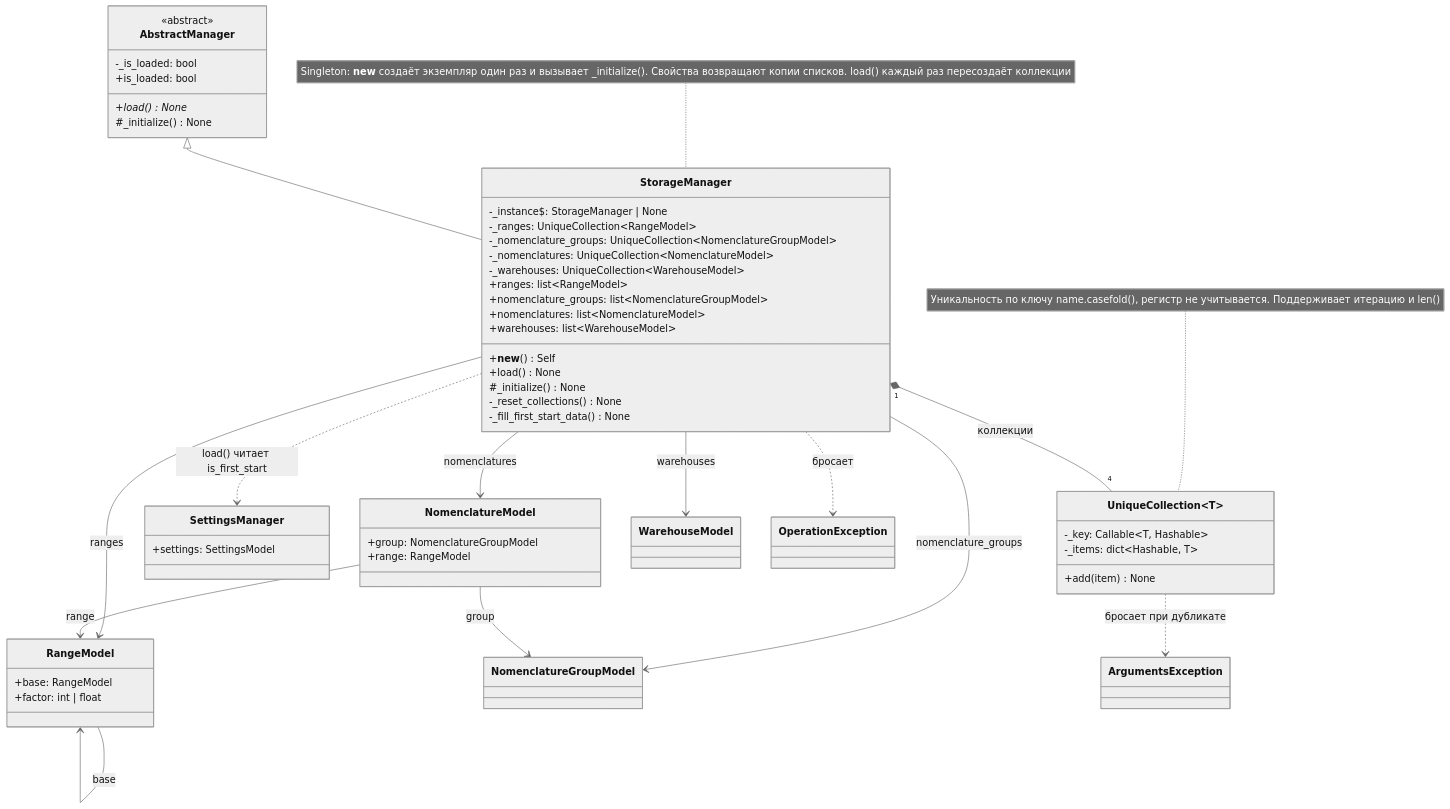
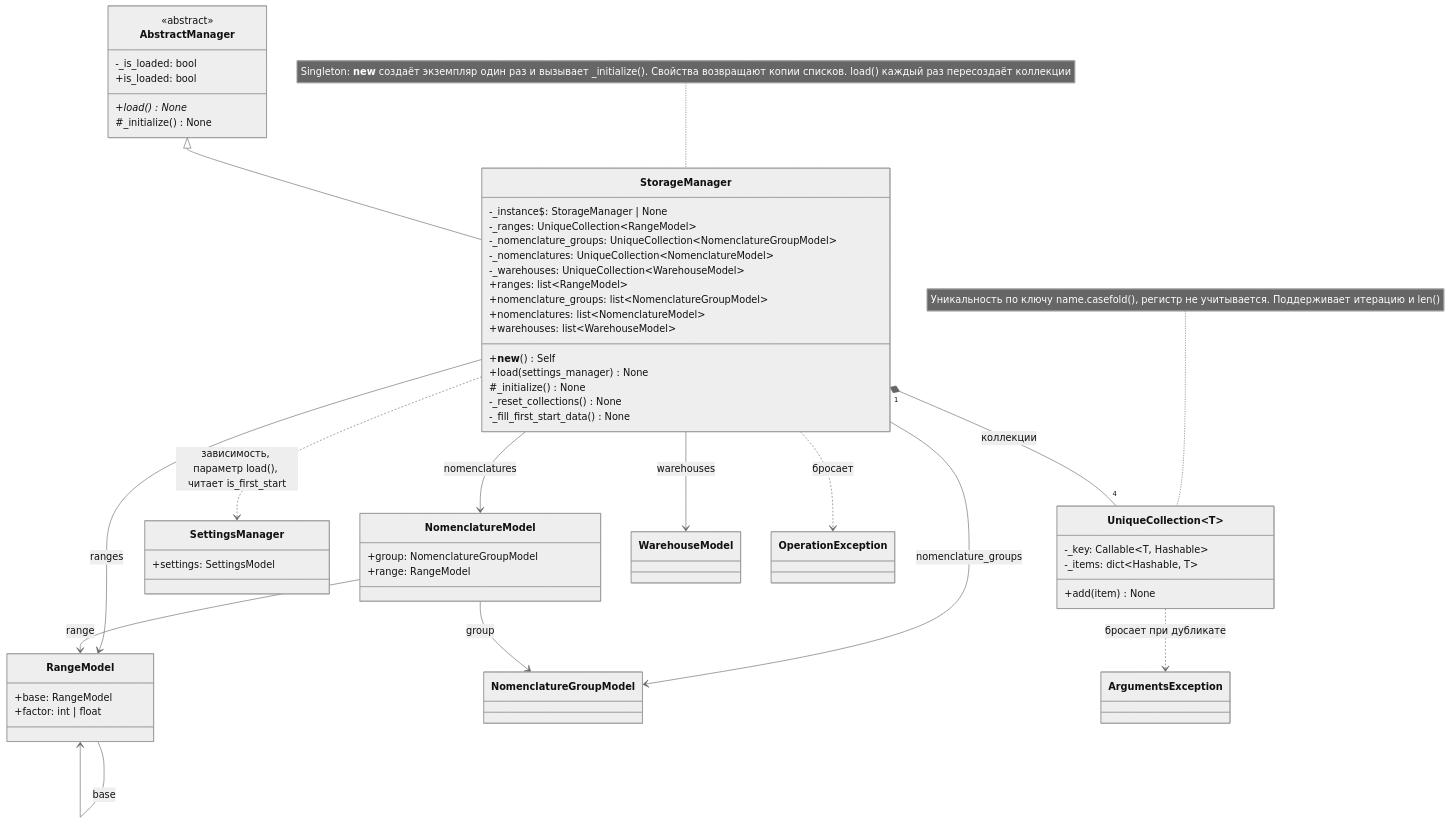
The fourth of 4 diagrams in Docs/ClassDiagram.md (asutenshi/design-patterns), drawn with Mermaid (neutral theme) before and after one commit. The commit also changed other lines of this file and 3 other files, not shown here.

Commit message:
feat: define SettingsManageras requirement for StorageManager

````diff
--- a/Docs/ClassDiagram.md
+++ b/Docs/ClassDiagram.md
@@ -252,71 +253,71 @@
 ```mermaid
 classDiagram
     direction TB
 
     class AbstractManager {
         <<abstract>>
         -_is_loaded: bool
         +is_loaded: bool
         +load()* None
         #_initialize() None
     }
 
     class StorageManager {
         -_instance$: StorageManager | None
         -_ranges: UniqueCollection~RangeModel~
         -_nomenclature_groups: UniqueCollection~NomenclatureGroupModel~
         -_nomenclatures: UniqueCollection~NomenclatureModel~
         -_warehouses: UniqueCollection~WarehouseModel~
         +ranges: list~RangeModel~
         +nomenclature_groups: list~NomenclatureGroupModel~
         +nomenclatures: list~NomenclatureModel~
         +warehouses: list~WarehouseModel~
         +__new__() Self
-        +load() None
+        +load(settings_manager) None
         #_initialize() None
         -_reset_collections() None
         -_fill_first_start_data() None
     }
 
     note for StorageManager "Singleton: __new__ создаёт экземпляр один раз и вызывает _initialize(). Свойства возвращают копии списков. load() каждый раз пересоздаёт коллекции"
 
     class UniqueCollection~T~ {
         -_key: Callable~T, Hashable~
         -_items: dict~Hashable, T~
         +add(item) None
     }
 
     note for UniqueCollection "Уникальность по ключу name.casefold(), регистр не учитывается. Поддерживает итерацию и len()"
 
     class SettingsManager {
         +settings: SettingsModel
     }
 
     class RangeModel {
         +base: RangeModel
         +factor: int | float
     }
 
     class NomenclatureModel {
         +group: NomenclatureGroupModel
         +range: RangeModel
     }
 
     class NomenclatureGroupModel
     class WarehouseModel
     class ArgumentsException
     class OperationException
 
     AbstractManager <|-- StorageManager
     StorageManager "1" *-- "4" UniqueCollection : коллекции
-    StorageManager ..> SettingsManager : load() читает is_first_start
+    StorageManager ..> SettingsManager : зависимость, параметр load(), читает is_first_start
     StorageManager --> RangeModel : ranges
     StorageManager --> NomenclatureGroupModel : nomenclature_groups
     StorageManager --> NomenclatureModel : nomenclatures
     StorageManager --> WarehouseModel : warehouses
     NomenclatureModel --> NomenclatureGroupModel : group
     NomenclatureModel --> RangeModel : range
     RangeModel --> RangeModel : base
     UniqueCollection ..> ArgumentsException : бросает при дубликате
     StorageManager ..> OperationException : бросает
 ```
````
